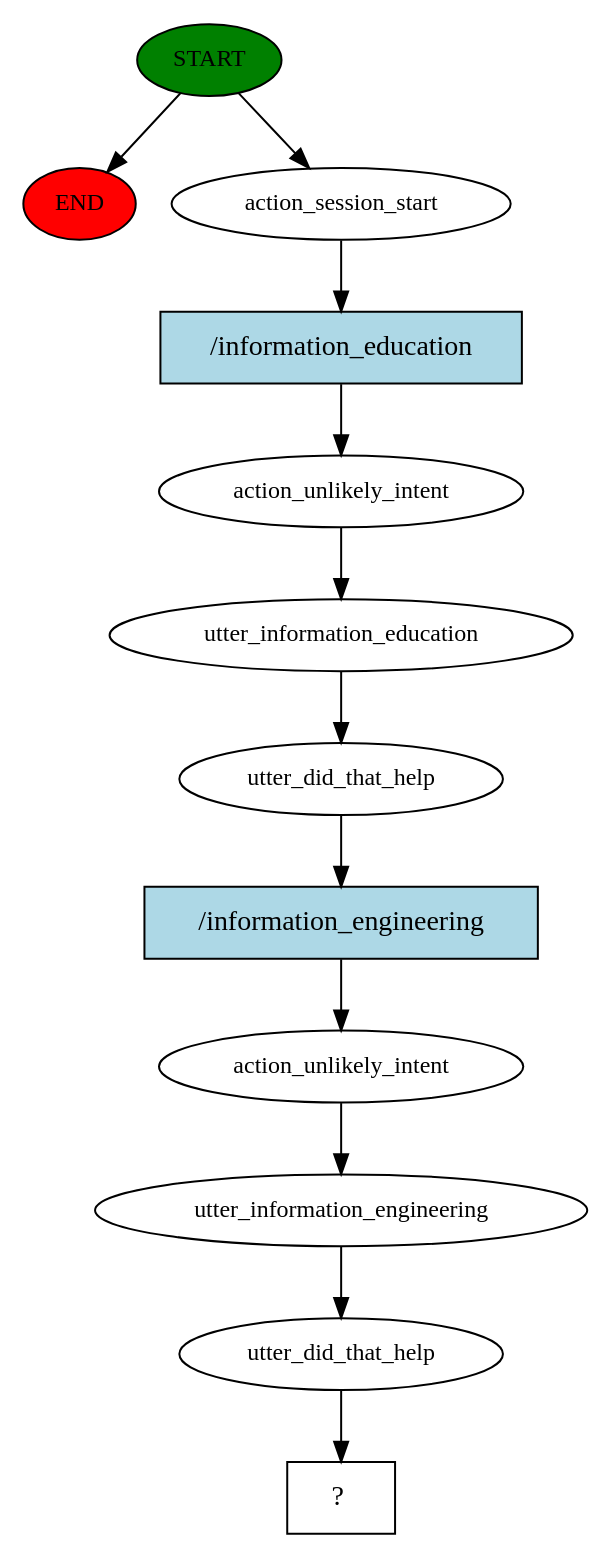
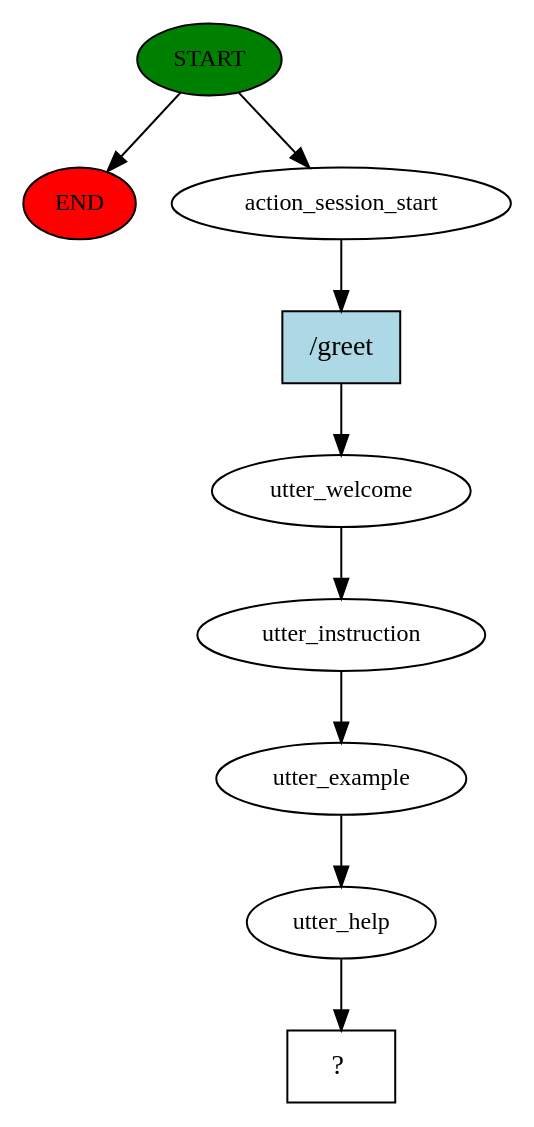
Before and after one commit to FrancisTembo/libbot: the diagram in story_graph.dot, drawn with Graphviz. The commit also changed 6 other files, not shown here.

```diff
--- a/story_graph.dot
+++ b/story_graph.dot
@@ -1,25 +1,19 @@
 digraph  {
 0 [class="start active", fillcolor=green, fontsize=12, label=START, style=filled];
 "-1" [class=end, fillcolor=red, fontsize=12, label=END, style=filled];
 1 [class=active, fontsize=12, label=action_session_start];
-2 [class=active, fontsize=12, label=action_unlikely_intent];
-3 [class=active, fontsize=12, label=utter_information_education];
-4 [class=active, fontsize=12, label=utter_did_that_help];
-5 [class=active, fontsize=12, label=action_unlikely_intent];
-6 [class=active, fontsize=12, label=utter_information_engineering];
-7 [class=active, fontsize=12, label=utter_did_that_help];
-8 [class="intent dashed active", label="  ?  ", shape=rect];
-9 [class="intent active", fillcolor=lightblue, label="/information_education", shape=rect, style=filled];
-10 [class="intent active", fillcolor=lightblue, label="/information_engineering", shape=rect, style=filled];
+2 [class=active, fontsize=12, label=utter_welcome];
+3 [class=active, fontsize=12, label=utter_instruction];
+4 [class=active, fontsize=12, label=utter_example];
+5 [class=active, fontsize=12, label=utter_help];
+6 [class="intent dashed active", label="  ?  ", shape=rect];
+7 [class="intent active", fillcolor=lightblue, label="/greet", shape=rect, style=filled];
 0 -> "-1"  [class="", key=NONE, label=""];
 0 -> 1  [class=active, key=NONE, label=""];
-1 -> 9  [class=active, key=0];
+1 -> 7  [class=active, key=0];
 2 -> 3  [class=active, key=NONE, label=""];
 3 -> 4  [class=active, key=NONE, label=""];
-4 -> 10  [class=active, key=0];
+4 -> 5  [class=active, key=NONE, label=""];
 5 -> 6  [class=active, key=NONE, label=""];
-6 -> 7  [class=active, key=NONE, label=""];
-7 -> 8  [class=active, key=NONE, label=""];
-9 -> 2  [class=active, key=0];
-10 -> 5  [class=active, key=0];
+7 -> 2  [class=active, key=0];
 }
```
